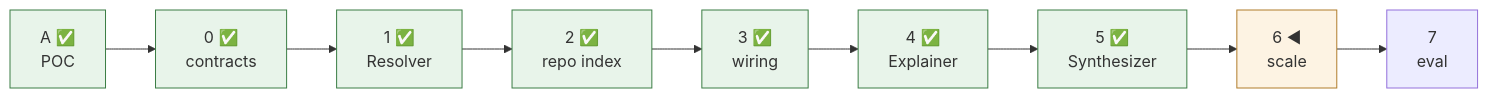
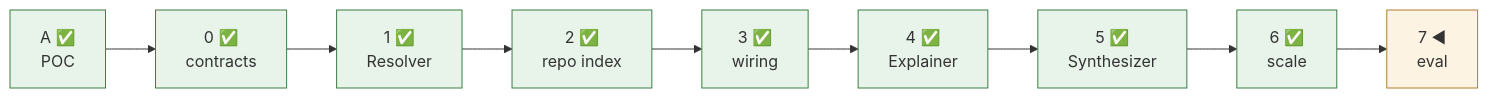
Before and after one commit to RUI030/Code2Docs: the fourth of 4 diagrams in ARCHITECTURE.md, drawn with Mermaid. The commit also changed other lines of this file and 7 other files, not shown here.

````diff
--- a/ARCHITECTURE.md
+++ b/ARCHITECTURE.md
@@ -165,12 +165,13 @@
 ```mermaid
 flowchart LR
-  PA["A ✅<br/>POC"] --> P0["0 ✅<br/>contracts"] --> P1["1 ✅<br/>Resolver"] --> P2["2 ✅<br/>repo index"] --> P3["3 ✅<br/>wiring"] --> P4["4 ✅<br/>Explainer"] --> P5["5 ✅<br/>Synthesizer"] --> P6["6 ◀<br/>scale"] --> P7["7<br/>eval"]
+  PA["A ✅<br/>POC"] --> P0["0 ✅<br/>contracts"] --> P1["1 ✅<br/>Resolver"] --> P2["2 ✅<br/>repo index"] --> P3["3 ✅<br/>wiring"] --> P4["4 ✅<br/>Explainer"] --> P5["5 ✅<br/>Synthesizer"] --> P6["6 ✅<br/>scale"] --> P7["7 ◀<br/>eval"]
   style PA fill:#e8f4ea,stroke:#3a7d44
   style P0 fill:#e8f4ea,stroke:#3a7d44
   style P1 fill:#e8f4ea,stroke:#3a7d44
   style P2 fill:#e8f4ea,stroke:#3a7d44
   style P3 fill:#e8f4ea,stroke:#3a7d44
   style P4 fill:#e8f4ea,stroke:#3a7d44
   style P5 fill:#e8f4ea,stroke:#3a7d44
-  style P6 fill:#fdf3e3,stroke:#b07d2b
+  style P6 fill:#e8f4ea,stroke:#3a7d44
+  style P7 fill:#fdf3e3,stroke:#b07d2b
 ```
````
